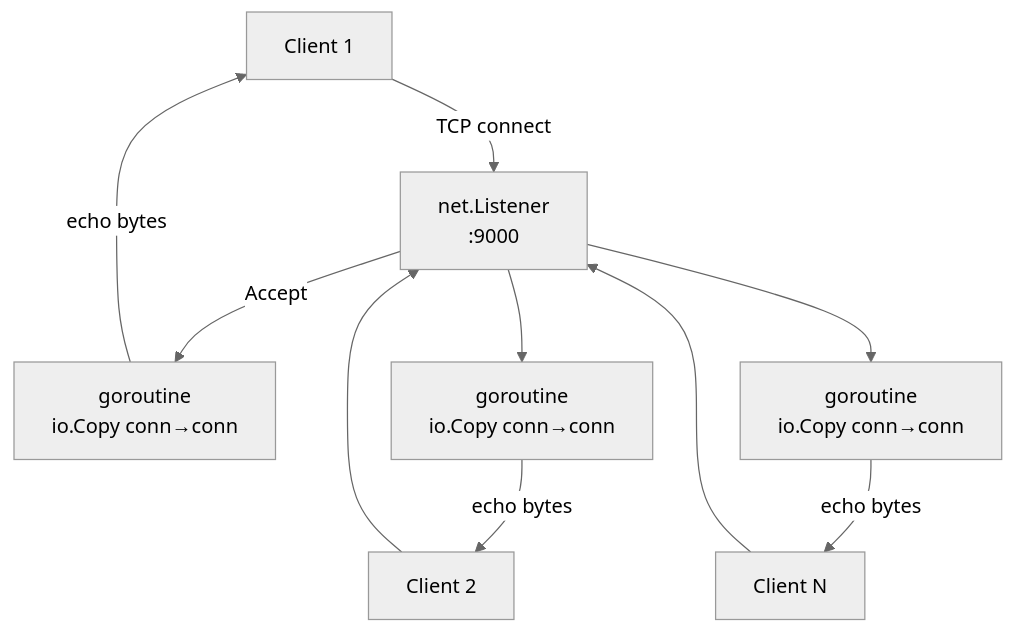
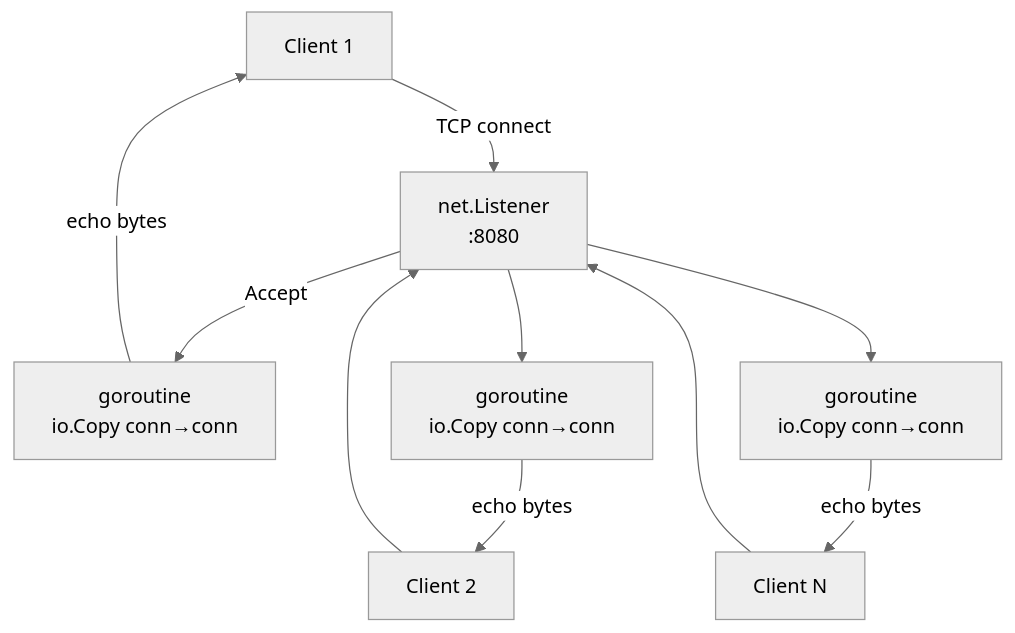
One commit to deepanshu-rawat6/tour-of-go changed the diagram in projects/from-scratch/01-tcp-server/README.md. Above: the diagram before and after it, drawn with Mermaid (neutral theme). The commit also changed other lines of this file and 3 other files, not shown here.

````diff
--- a/projects/from-scratch/01-tcp-server/README.md
+++ b/projects/from-scratch/01-tcp-server/README.md
@@ -7,12 +7,12 @@
 ```mermaid
 graph TD
-    C1[Client 1] -->|TCP connect| LN[net.Listener\n:9000]
+    C1[Client 1] -->|TCP connect| LN[net.Listener\n:8080]
     C2[Client 2] --> LN
     C3[Client N] --> LN
     LN -->|Accept| G1[goroutine\nio.Copy conn→conn]
     LN --> G2[goroutine\nio.Copy conn→conn]
     LN --> GN[goroutine\nio.Copy conn→conn]
     G1 -->|echo bytes| C1
     G2 -->|echo bytes| C2
     GN -->|echo bytes| C3
 ```
````
